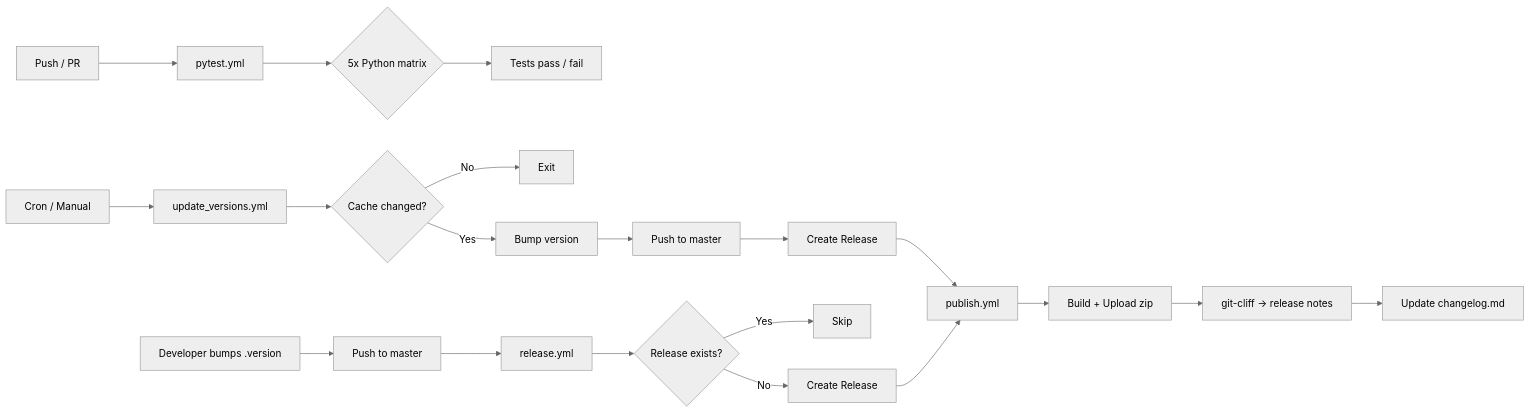
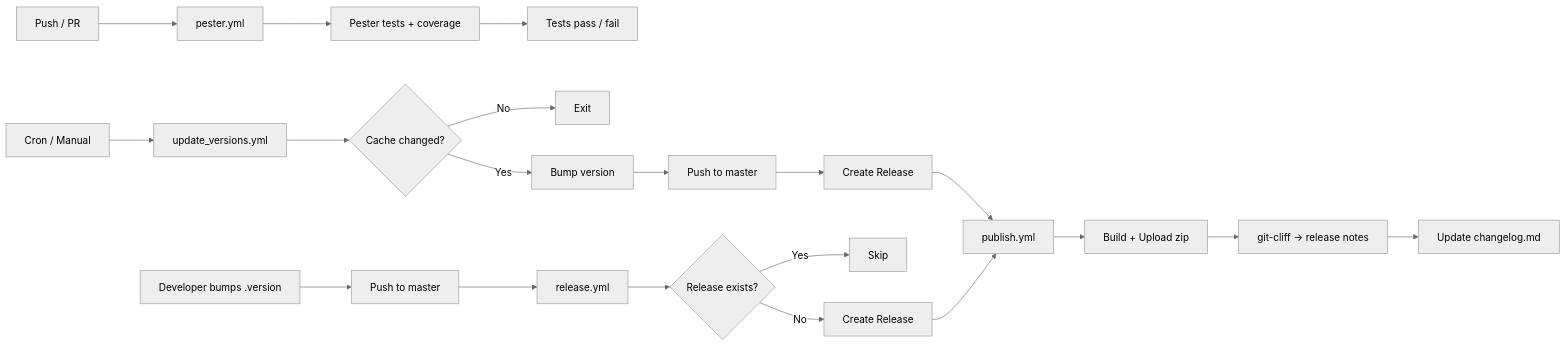
One commit to Satori-Analytics/pyenv-win changed the second of 3 diagrams in docs/ci-cd-workflows.md. Above: the diagram before and after it, drawn with Mermaid (neutral theme). The commit also changed other lines of this file and 61 other files, not shown here.

````diff
--- a/docs/ci-cd-workflows.md
+++ b/docs/ci-cd-workflows.md
@@ -87,24 +87,24 @@
 ```mermaid
 flowchart LR
-    A[Push / PR] --> B[pytest.yml]
-    B --> C{5x Python matrix}
+    A[Push / PR] --> B[pester.yml]
+    B --> C[Pester tests + coverage]
     C --> D[Tests pass / fail]
 
     E[Cron / Manual] --> F[update_versions.yml]
     F --> G{Cache changed?}
     G -- No --> H[Exit]
     G -- Yes --> I[Bump version]
     I --> J[Push to master]
     J --> K[Create Release]
     K --> L[publish.yml]
     L --> M[Build + Upload zip]
     M --> M2[git-cliff → release notes]
     M2 --> M3[Update changelog.md]
 
     N[Developer bumps .version] --> O[Push to master]
     O --> P[release.yml]
     P --> Q{Release exists?}
     Q -- Yes --> R[Skip]
     Q -- No --> S[Create Release]
     S --> L
 ```
````
